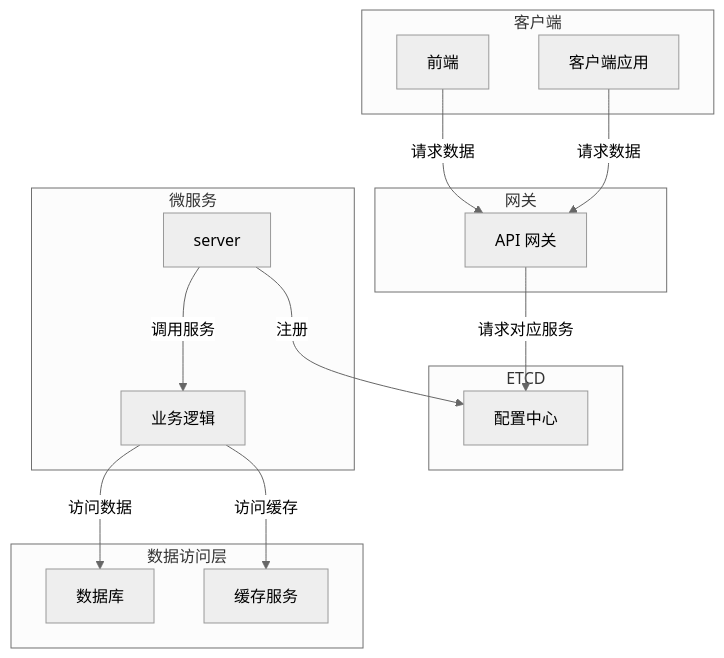
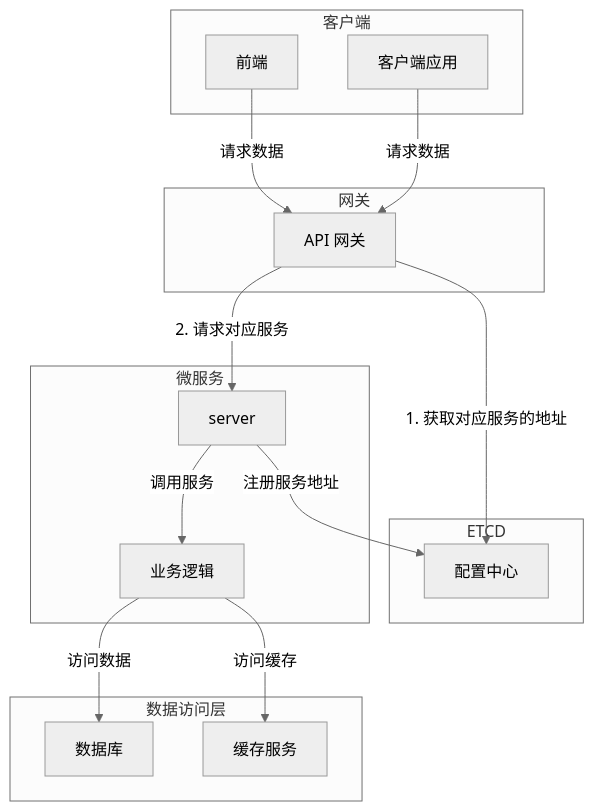
Before and after one commit to west2-online/fzuhelper-server: the first of 7 diagrams in docs/develop.md, drawn with Mermaid (neutral theme).

Commit message:
fix structure graph

````diff
--- a/docs/develop.md
+++ b/docs/develop.md
@@ -7,33 +7,34 @@
 ```mermaid
 flowchart TB
     subgraph PresentationLayer [客户端]
         A[前端]
         B[客户端应用]
     end
 
     subgraph 网关
         C[API 网关]
     end
 
     subgraph ETCD
         D[配置中心]
     end
 
     subgraph Microservices [微服务]
         E[server]
         F[业务逻辑]
     end
 
     subgraph DataAccessLayer [数据访问层]
         G[数据库]
         H[缓存服务]
     end
 
     A -->|请求数据| C
     B -->|请求数据| C
-    C -->|请求对应服务| D
-    E -->|注册|D
-    E --> |调用服务|F
+    C -->|1. 获取对应服务的地址| D
+    C -->|2. 请求对应服务| E
+    E -->|注册服务地址|D
+    E -->|调用服务|F
     F -->|访问数据| G
     F -->|访问缓存| H
 ```
````
